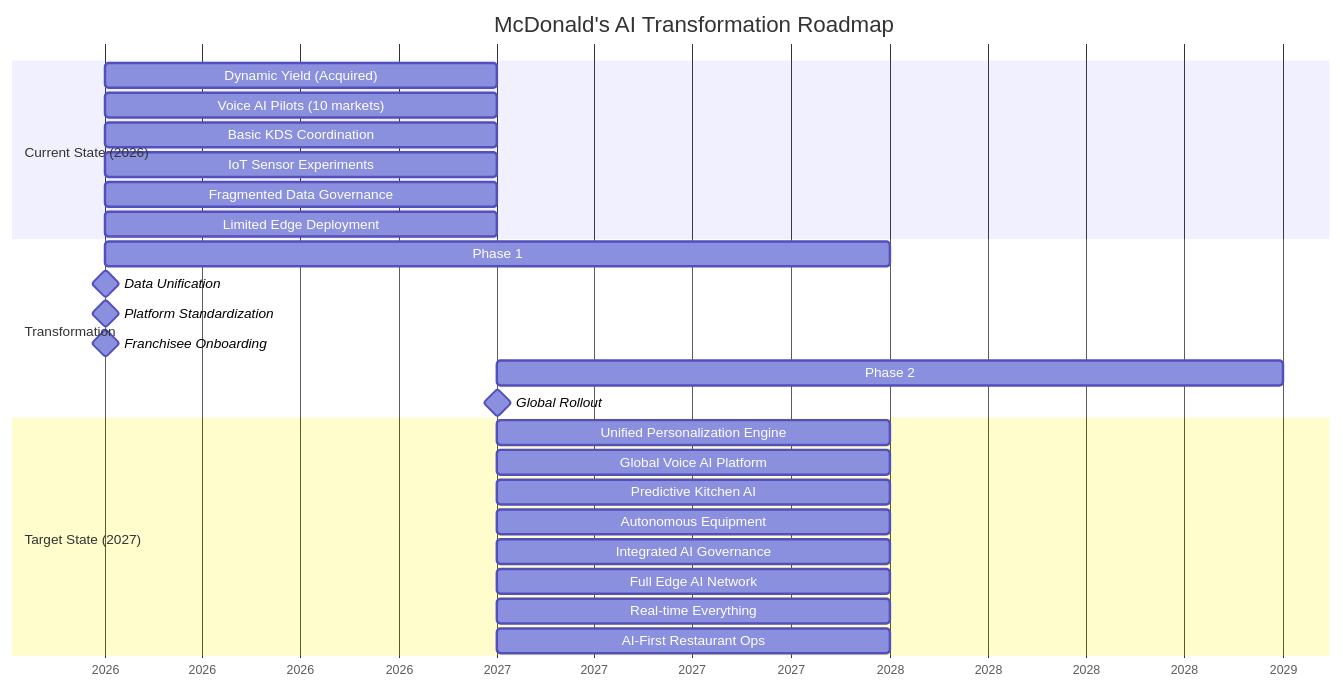
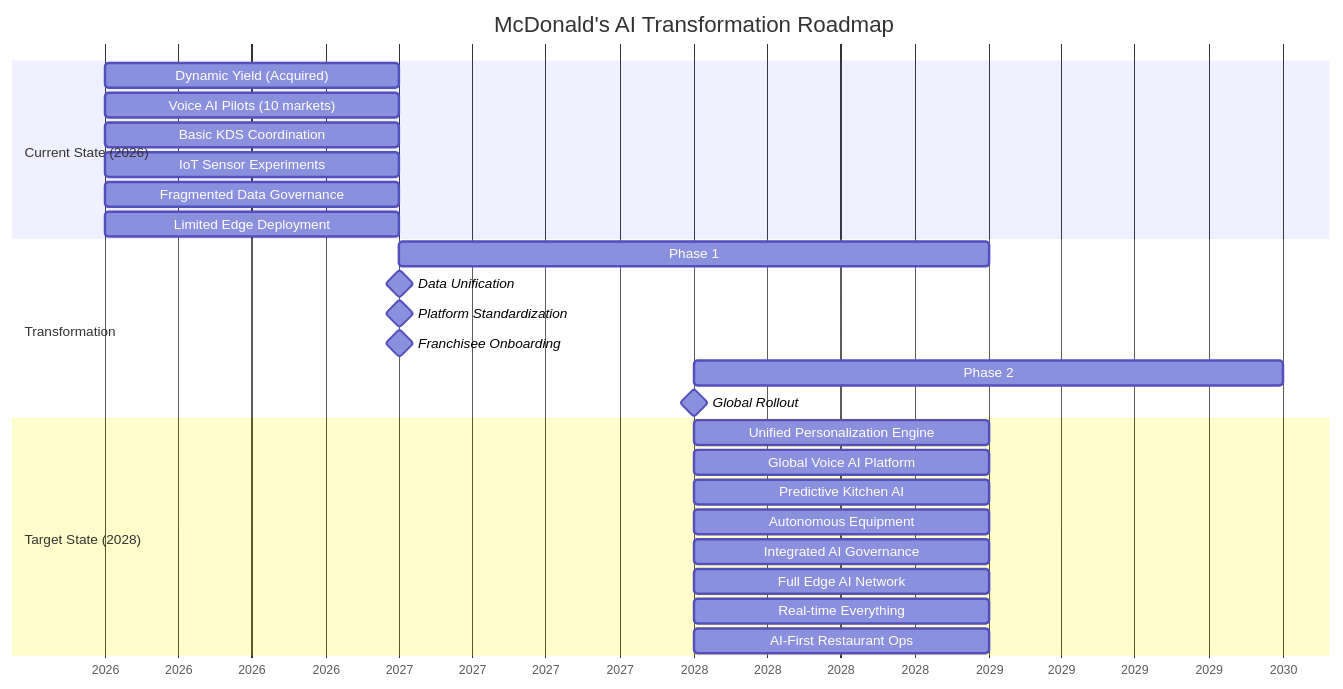
Before and after one commit to manuelbomi/Enterprise-Architecture-for-McDonald-s-AI-Data-Driven-Transformation-An-Architect-s-Strategic-Bluepr: the diagram in README.md, drawn with Mermaid.

````diff
--- a/README.md
+++ b/README.md
@@ -61,33 +61,33 @@
 ```mermaid
 gantt
     title McDonald's AI Transformation Roadmap
     dateFormat  YYYY
     axisFormat  %Y
     
     section Current State (2026)
     Dynamic Yield (Acquired) :2026, 1y
     Voice AI Pilots (10 markets) :2026, 1y
     Basic KDS Coordination :2026, 1y
     IoT Sensor Experiments :2026, 1y
     Fragmented Data Governance :2026, 1y
     Limited Edge Deployment :2026, 1y
     
     section Transformation
-    Phase 1: Foundation :2026, 2y
-    Data Unification :milestone, 2026, 1d
-    Platform Standardization :milestone, 2026, 1d
-    Franchisee Onboarding :milestone, 2026, 1d
+    Phase 1: Foundation :2027, 2y
+    Data Unification :milestone, 2027, 1d
+    Platform Standardization :milestone, 2027, 1d
+    Franchisee Onboarding :milestone, 2027, 1d
     
-    Phase 2: Scale :2027, 2y
-    Global Rollout :milestone, 2027, 1d
+    Phase 2: Scale :2028, 2y
+    Global Rollout :milestone, 2028, 1d
     
-    section Target State (2027)
-    Unified Personalization Engine :2027, 1y
-    Global Voice AI Platform :2027, 1y
-    Predictive Kitchen AI :2027, 1y
-    Autonomous Equipment :2027, 1y
-    Integrated AI Governance :2027, 1y
-    Full Edge AI Network :2027, 1y
-    Real-time Everything :2027, 1y
-    AI-First Restaurant Ops :2027, 1y
+    section Target State (2028)
+    Unified Personalization Engine :2028, 1y
+    Global Voice AI Platform :2028, 1y
+    Predictive Kitchen AI :2028, 1y
+    Autonomous Equipment :2028, 1y
+    Integrated AI Governance :2028, 1y
+    Full Edge AI Network :2028, 1y
+    Real-time Everything :2028, 1y
+    AI-First Restaurant Ops :2028, 1y
 ```
````
